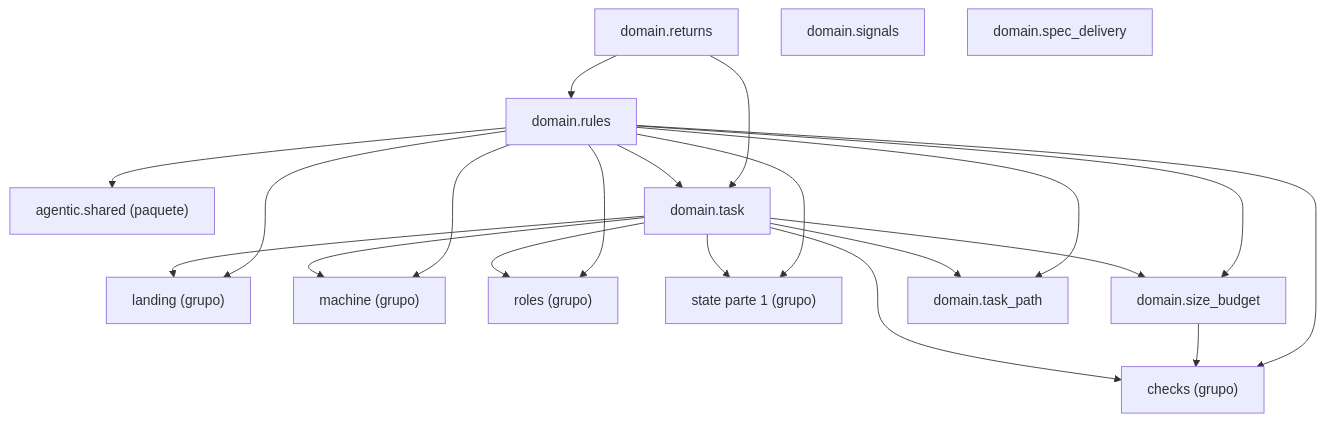
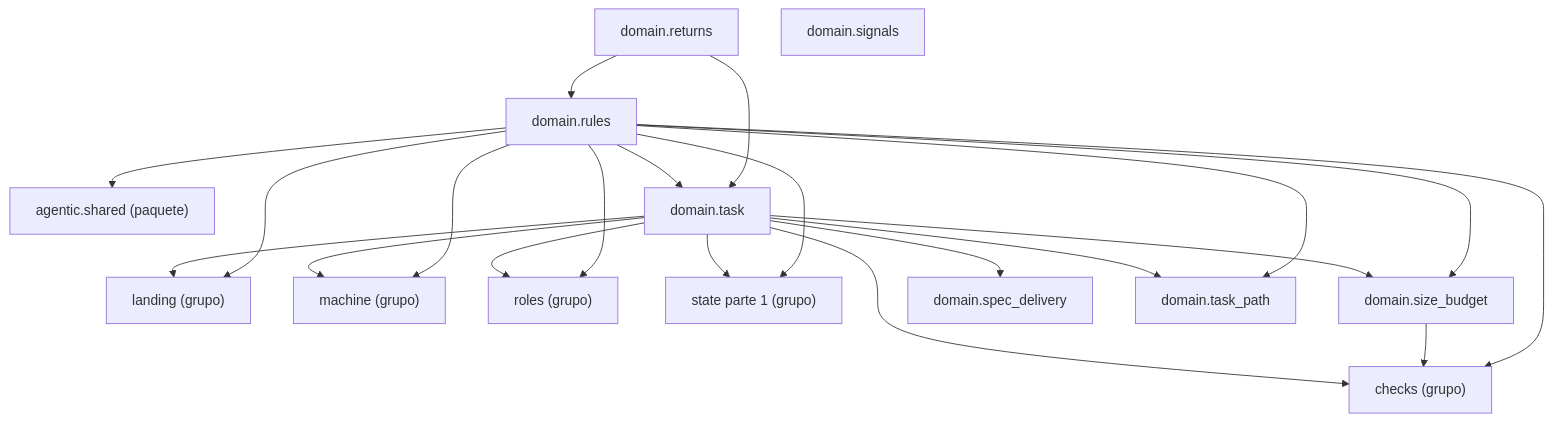
Before and after one commit to GonzaloZevallos/agentic-system: the diagram in docs/architecture/generated/packages-process-domain-state-2.md, drawn with Mermaid. The commit also changed 10 other files, not shown here.

First line of the commit message:
Add delivery assumption rows and spec_cause to the task state and document

````diff
--- a/docs/architecture/generated/packages-process-domain-state-2.md
+++ b/docs/architecture/generated/packages-process-domain-state-2.md
@@ -12,35 +12,36 @@
 ```mermaid
 graph TD
     g_domain__checks["checks (grupo)"]
     g_domain__landing["landing (grupo)"]
     g_domain__machine["machine (grupo)"]
     g_domain__roles["roles (grupo)"]
     g_domain__state__1["state parte 1 (grupo)"]
     g_pkg__agentic__shared["agentic.shared (paquete)"]
     m_domain__returns["domain.returns"]
     m_domain__rules["domain.rules"]
     m_domain__signals["domain.signals"]
     m_domain__size_budget["domain.size_budget"]
     m_domain__spec_delivery["domain.spec_delivery"]
     m_domain__task["domain.task"]
     m_domain__task_path["domain.task_path"]
     m_domain__returns --> m_domain__rules
     m_domain__returns --> m_domain__task
     m_domain__rules --> g_domain__checks
     m_domain__rules --> g_domain__landing
     m_domain__rules --> g_domain__machine
     m_domain__rules --> g_domain__roles
     m_domain__rules --> g_domain__state__1
     m_domain__rules --> g_pkg__agentic__shared
     m_domain__rules --> m_domain__size_budget
     m_domain__rules --> m_domain__task
     m_domain__rules --> m_domain__task_path
     m_domain__size_budget --> g_domain__checks
     m_domain__task --> g_domain__checks
     m_domain__task --> g_domain__landing
     m_domain__task --> g_domain__machine
     m_domain__task --> g_domain__roles
     m_domain__task --> g_domain__state__1
     m_domain__task --> m_domain__size_budget
+    m_domain__task --> m_domain__spec_delivery
     m_domain__task --> m_domain__task_path
 ```
````
